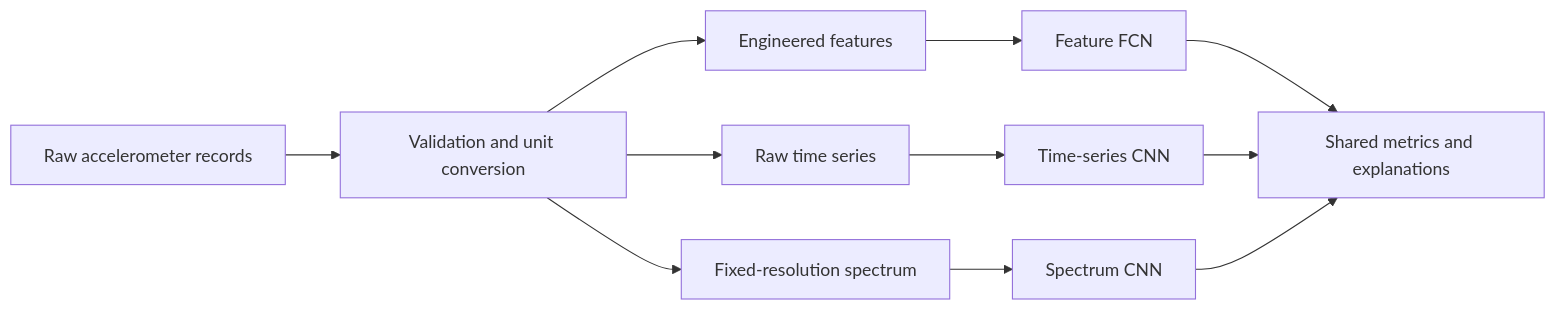
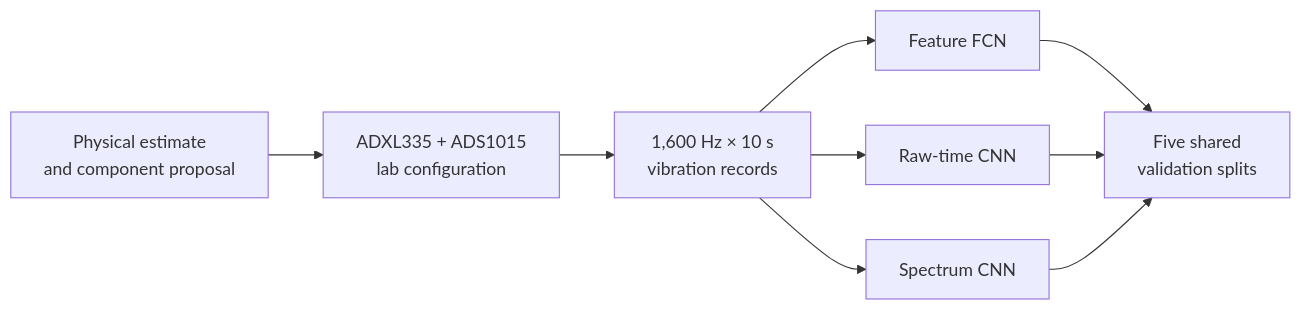
One commit to EdmundD28/vibration-regression-neural-networks changed the diagram in README.md. Above: the diagram before and after it, drawn with Mermaid. The commit also changed other lines of this file and 58 other files, not shown here.

````diff
--- a/README.md
+++ b/README.md
@@ -15,13 +14,11 @@
 ```mermaid
 flowchart LR
-    A[Raw accelerometer records] --> B[Validation and unit conversion]
-    B --> C[Engineered features]
-    B --> D[Raw time series]
-    B --> E[Fixed-resolution spectrum]
-    C --> F[Feature FCN]
-    D --> G[Time-series CNN]
-    E --> H[Spectrum CNN]
-    F --> I[Shared metrics and explanations]
-    G --> I
-    H --> I
+  A["Physical estimate<br/>and component proposal"] --> B["ADXL335 + ADS1015<br/>lab configuration"]
+  B --> C["1,600 Hz × 10 s<br/>vibration records"]
+  C --> D["Feature FCN"]
+  C --> E["Raw-time CNN"]
+  C --> F["Spectrum CNN"]
+  D --> G["Five shared<br/>validation splits"]
+  E --> G
+  F --> G
 ```
````
